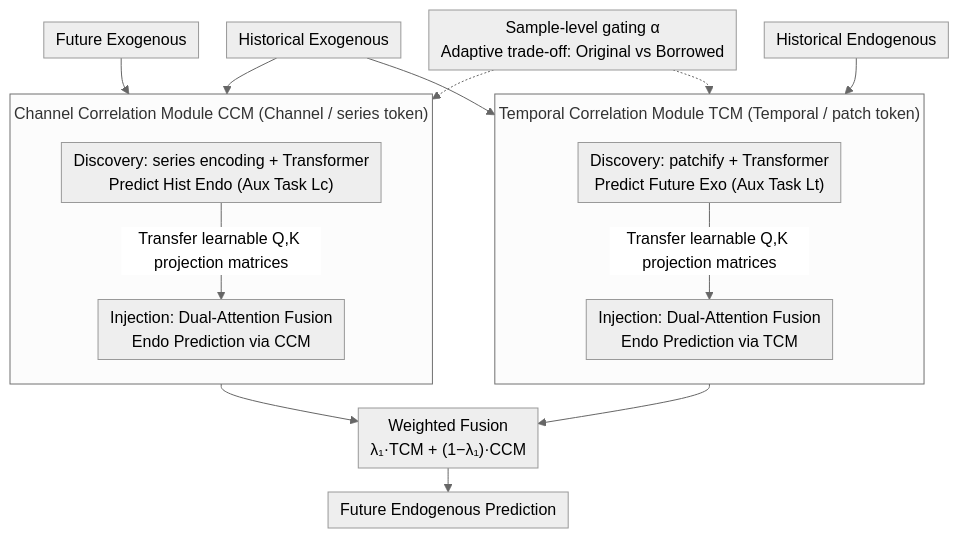
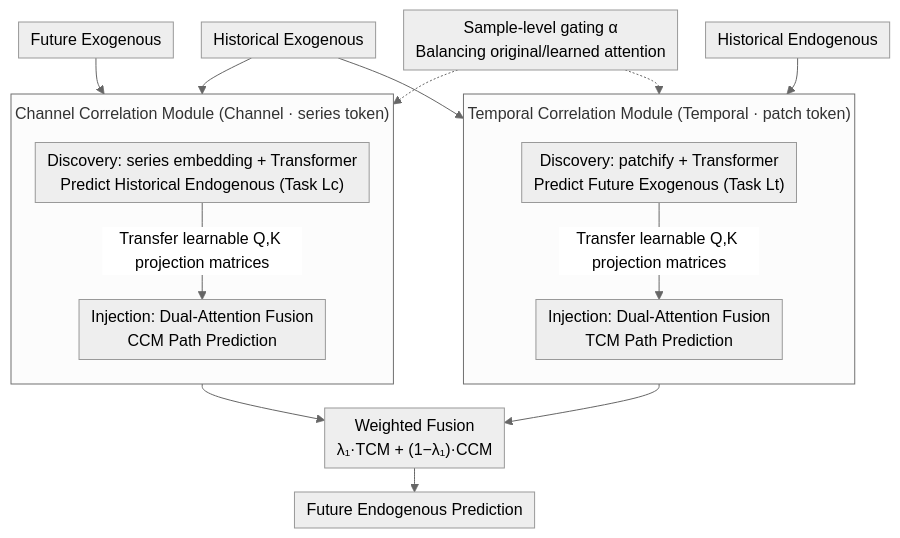
Before and after one commit to zhaoyang97/Paper-Notes-en: the diagram in docs/ICML2026/time_series/dag_a_dual_correlation_network_for_time_series_forecasting_with_exogenous_variab.md, drawn with Mermaid (neutral theme). The commit also changed other lines of this file and 5084 other files, not shown here.

````diff
--- a/docs/ICML2026/time_series/dag_a_dual_correlation_network_for_time_series_forecasting_with_exogenous_variab.md
+++ b/docs/ICML2026/time_series/dag_a_dual_correlation_network_for_time_series_forecasting_with_exogenous_variab.md
@@ -44,34 +44,34 @@
 ```mermaid
 %%{init: {'flowchart': {'rankSpacing': 24, 'nodeSpacing': 28, 'padding': 6, 'wrappingWidth': 400, 'subGraphTitleMargin': {'top': 8, 'bottom': 16}}}}%%
 flowchart TD
     XE["Historical Exogenous"]
     XN["Historical Endogenous"]
     YE["Future Exogenous"]
 
-    subgraph TCM["Temporal Correlation Module TCM (Temporal / patch token)"]
+    subgraph TCM["Temporal Correlation Module (Temporal · patch token)"]
         direction TB
-        TD1["Discovery: patchify + Transformer<br/>Predict Future Exo (Aux Task Lt)"]
-        TI1["Injection: Dual-Attention Fusion<br/>Endo Prediction via TCM"]
+        TD1["Discovery: patchify + Transformer<br/>Predict Future Exogenous (Task Lt)"]
+        TI1["Injection: Dual-Attention Fusion<br/>TCM Path Prediction"]
         TD1 -->|"Transfer learnable Q,K projection matrices"| TI1
     end
 
-    subgraph CCM["Channel Correlation Module CCM (Channel / series token)"]
+    subgraph CCM["Channel Correlation Module (Channel · series token)"]
         direction TB
-        CD1["Discovery: series encoding + Transformer<br/>Predict Hist Endo (Aux Task Lc)"]
-        CI1["Injection: Dual-Attention Fusion<br/>Endo Prediction via CCM"]
+        CD1["Discovery: series embedding + Transformer<br/>Predict Historical Endogenous (Task Lc)"]
+        CI1["Injection: Dual-Attention Fusion<br/>CCM Path Prediction"]
         CD1 -->|"Transfer learnable Q,K projection matrices"| CI1
     end
 
     XE --> TD1
     XN --> TI1
     XE --> CD1
     YE --> CI1
 
-    GATE["Sample-level gating α<br/>Adaptive trade-off: Original vs Borrowed"]
+    GATE["Sample-level gating α<br/>Balancing original/learned attention"]
     GATE -.-> TI1
     GATE -.-> CI1
 
     TI1 --> FUSE["Weighted Fusion<br/>λ₁·TCM + (1−λ₁)·CCM"]
     CI1 --> FUSE
     FUSE --> OUT["Future Endogenous Prediction"]
 ```
````
